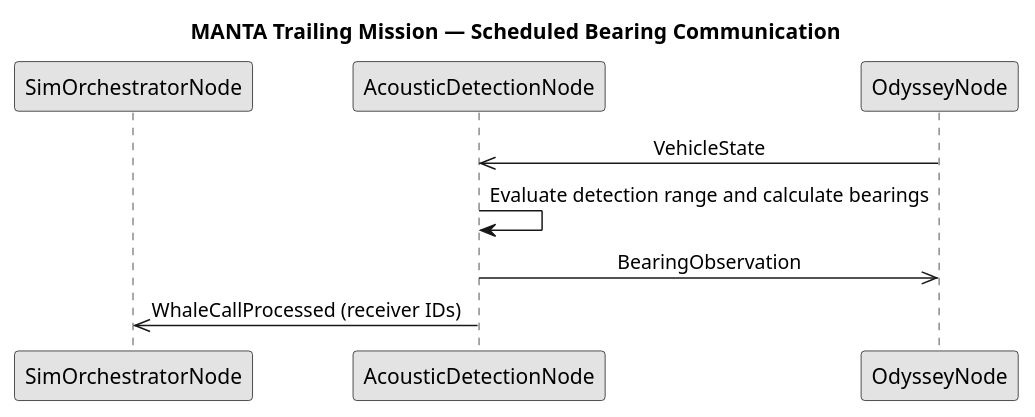
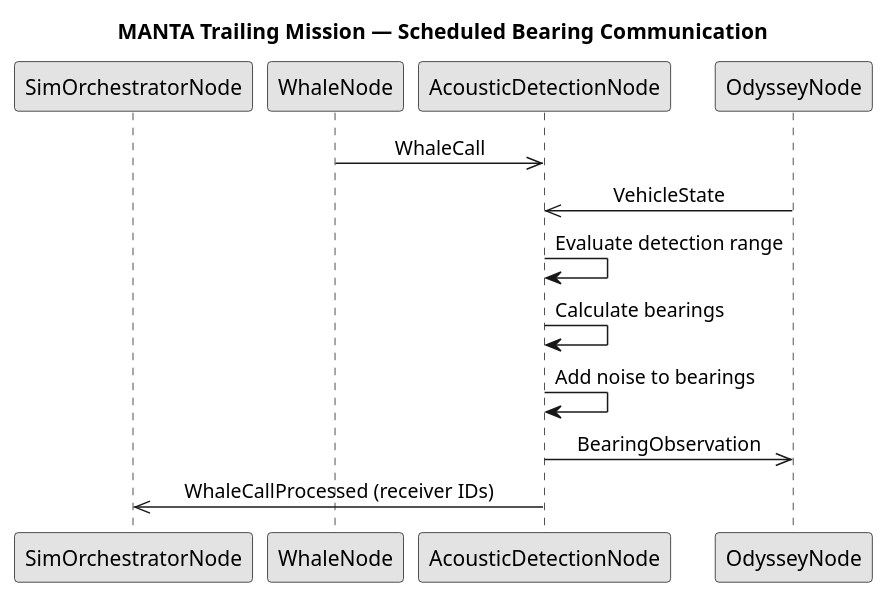
One commit to Tebcherani/MANTA changed the diagram in components/manta_acoustics/docs/whale_detection_sequence.puml. Above: the diagram before and after it, drawn with PlantUML. The commit also changed 4 other files, not shown here.

```diff
--- a/components/manta_acoustics/docs/whale_detection_sequence.puml
+++ b/components/manta_acoustics/docs/whale_detection_sequence.puml
@@ -1,18 +1,22 @@
 @startuml
 title MANTA Trailing Mission — Scheduled Bearing Communication
 
 skinparam monochrome true
 skinparam shadowing false
 skinparam sequenceMessageAlign center
 skinparam responseMessageBelowArrow true
 
 participant "SimOrchestratorNode" as Orchestrator
+participant "WhaleNode" as Whale
 participant "AcousticDetectionNode" as Detection
 participant "OdysseyNode" as AUV1
 
+Whale ->> Detection : WhaleCall
 AUV1 ->> Detection : VehicleState
-Detection -> Detection : Evaluate detection range and calculate bearings
+Detection -> Detection : Evaluate detection range
+Detection -> Detection : Calculate bearings
+Detection -> Detection : Add noise to bearings
 Detection ->> AUV1 : BearingObservation
 Detection ->> Orchestrator : WhaleCallProcessed (receiver IDs)
 
 @enduml
```
